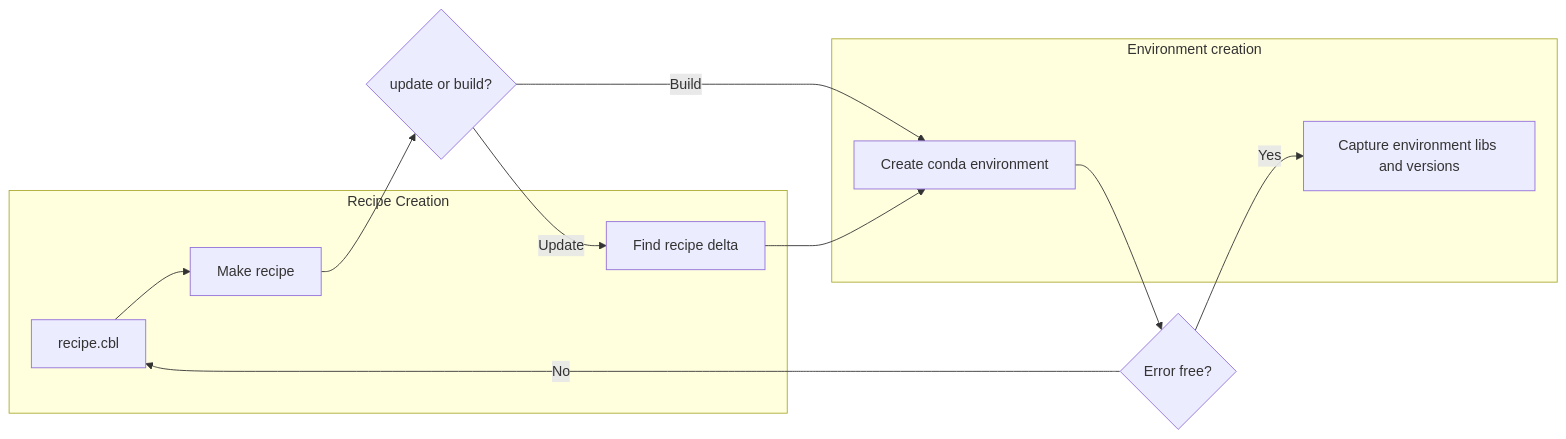
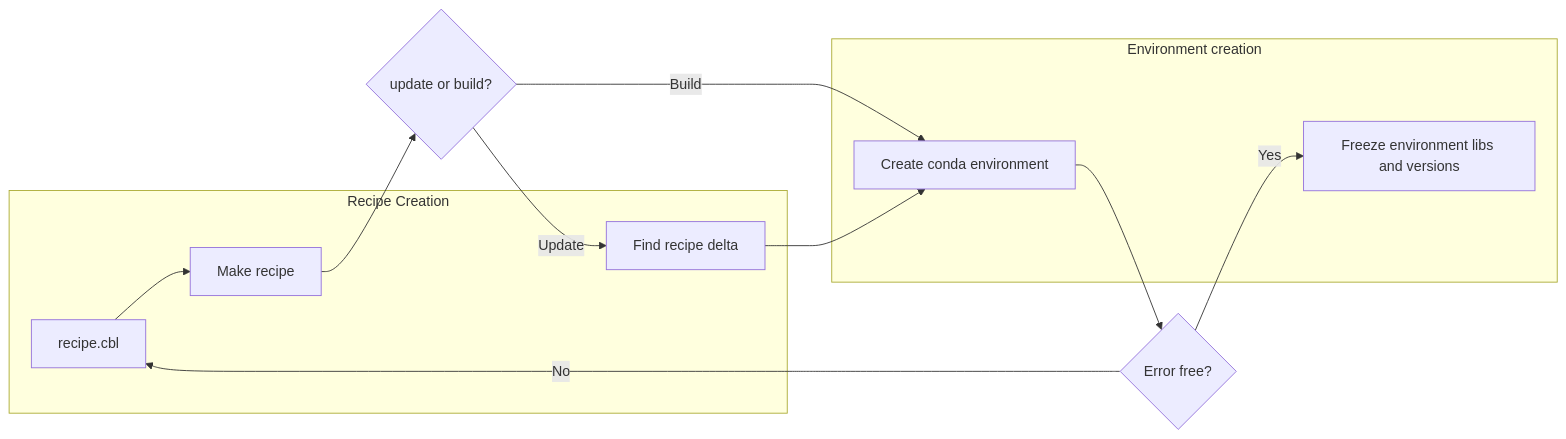
One commit to coble-tools/coble changed the diagram in docs/coble/workflow.md. Above: the diagram before and after it, drawn with Mermaid. The commit also changed other lines of this file and 3 other files, not shown here.

Commit message:
capture-freeze

````diff
--- a/docs/coble/workflow.md
+++ b/docs/coble/workflow.md
@@ -7,20 +7,20 @@
 ```mermaid
 flowchart LR
 	subgraph "Recipe Creation"
 	    INP[recipe.cbl]
 		REC[Make recipe]
 		DLT[Find recipe delta]
 	end
 	subgraph "Environment creation"
         CRE[Create conda environment]		
-		CAP[Capture environment libs and versions]	
+		FRE[Freeze environment libs and versions]	
 	end
 	INP --> REC
 	REC --> UPD_BLD{update or build?}
 	UPD_BLD -- Update --> DLT
 	UPD_BLD -- Build --> CRE
 	DLT --> CRE	
 	CRE --> ERR{Error free?}
 	ERR -- No --> INP
-	ERR -- Yes --> CAP
+	ERR -- Yes --> FRE
 ```
````
